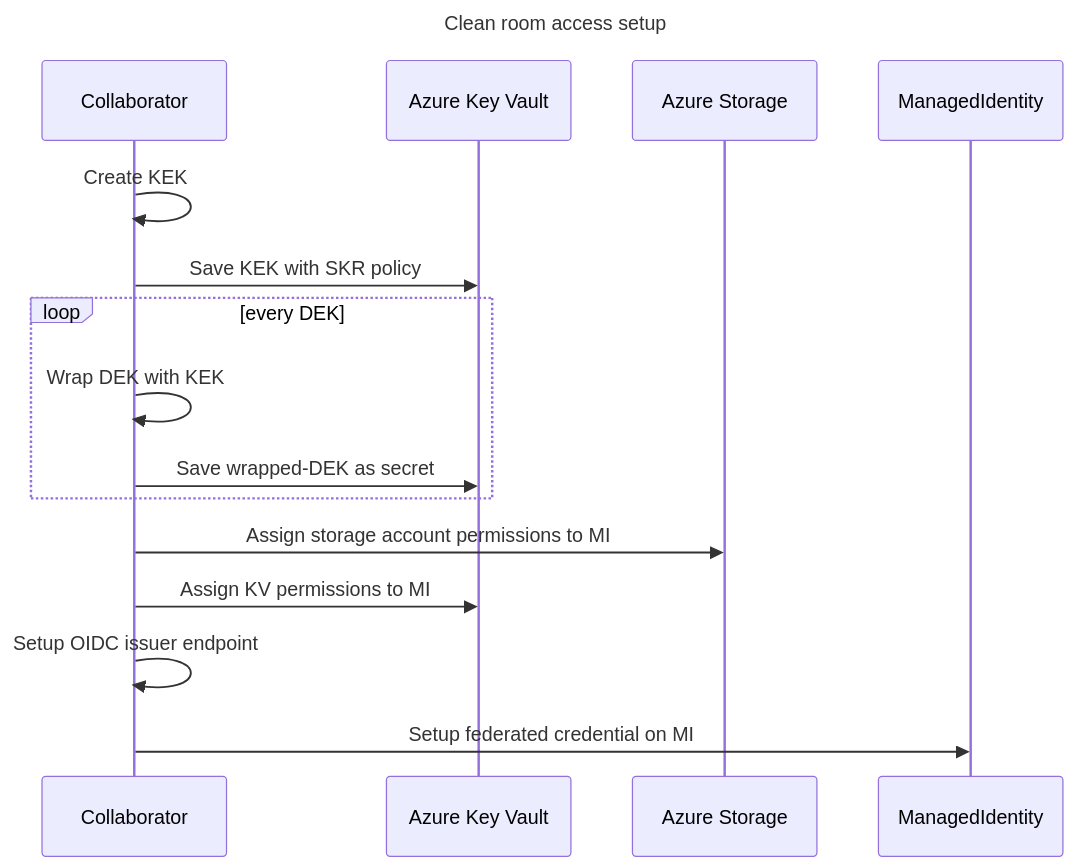
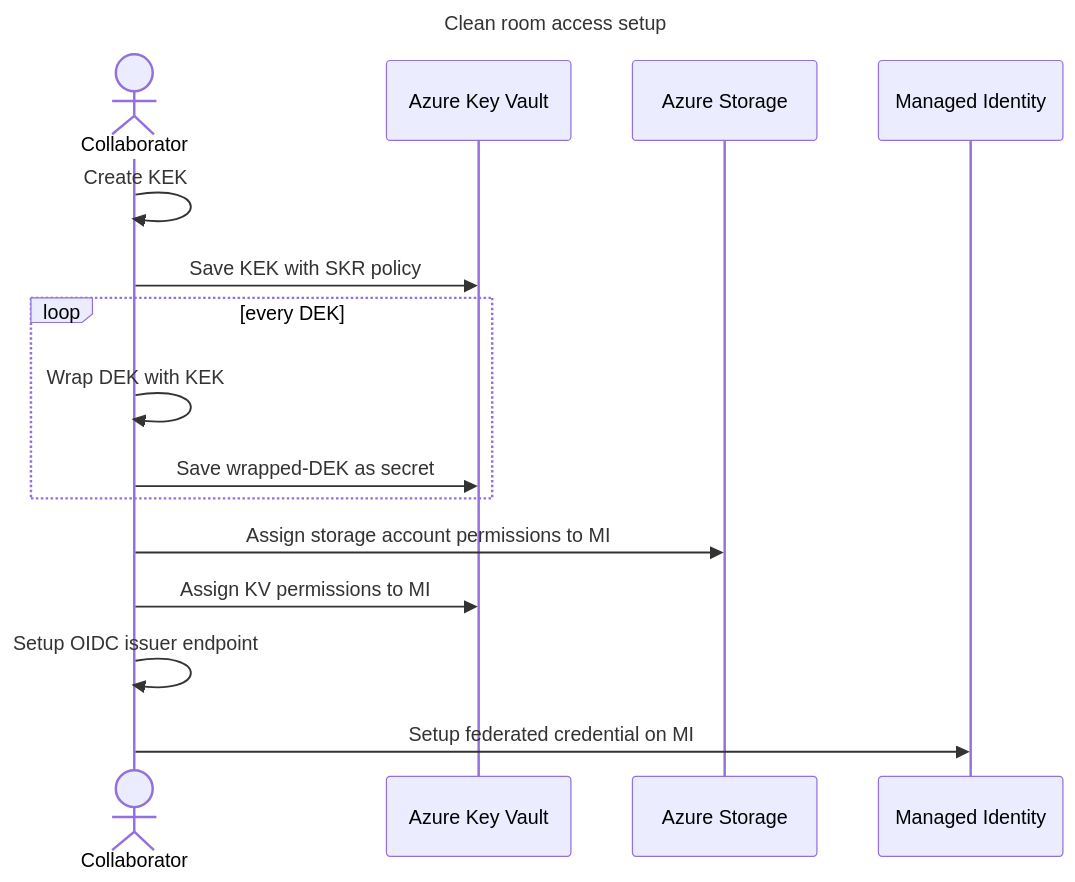
One commit to hprabh/azure-cleanroom-samples changed the fifth of 5 diagrams in README.md. Above: the diagram before and after it, drawn with Mermaid. The commit also changed 1 other file, not shown here.

````diff
--- a/README.md
+++ b/README.md
@@ -634,22 +634,22 @@
 ```mermaid
 sequenceDiagram
     title Clean room access setup
-    participant m0 as Collaborator
+    actor m0 as Collaborator
     participant akv as Azure Key Vault
     participant storage as Azure Storage
-    participant mi as ManagedIdentity
+    participant mi as Managed Identity
 
     m0->>m0: Create KEK
     m0->>akv: Save KEK with SKR policy
 
     loop every DEK
       m0->>m0: Wrap DEK with KEK
       m0->>akv: Save wrapped-DEK as secret
     end
 
     m0->>storage: Assign storage account permissions to MI
     m0->>akv: Assign KV permissions to MI
 
     m0->>m0: Setup OIDC issuer endpoint
     m0->>mi: Setup federated credential on MI
 ```
````
